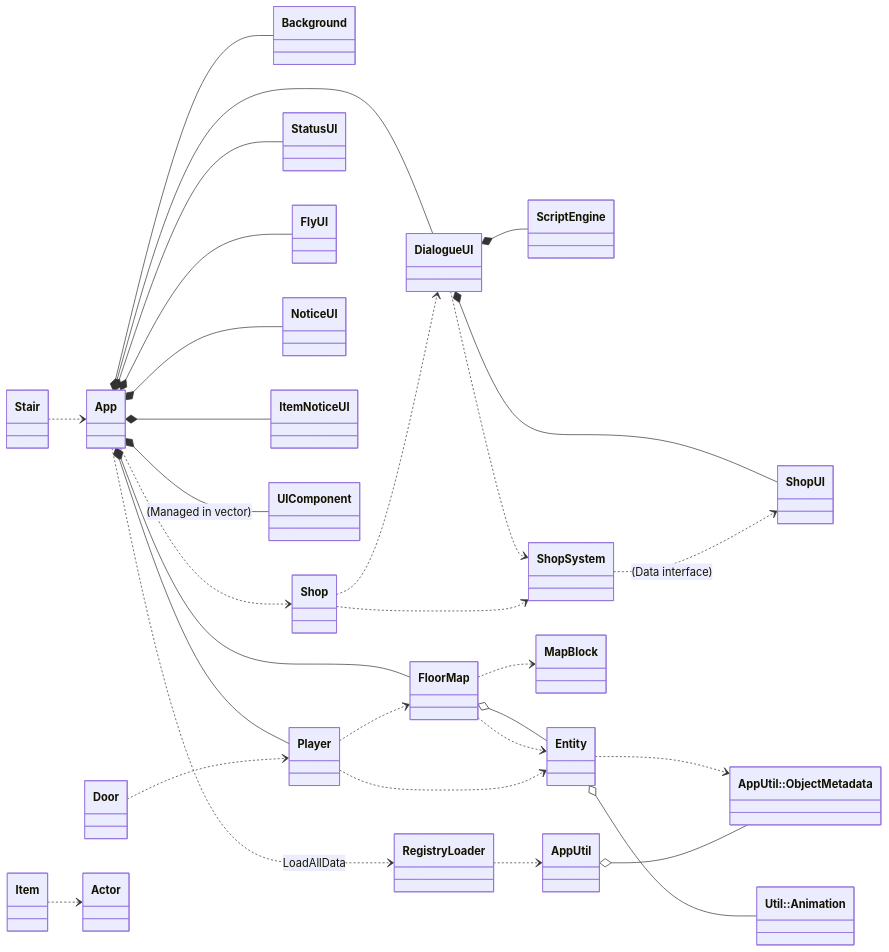
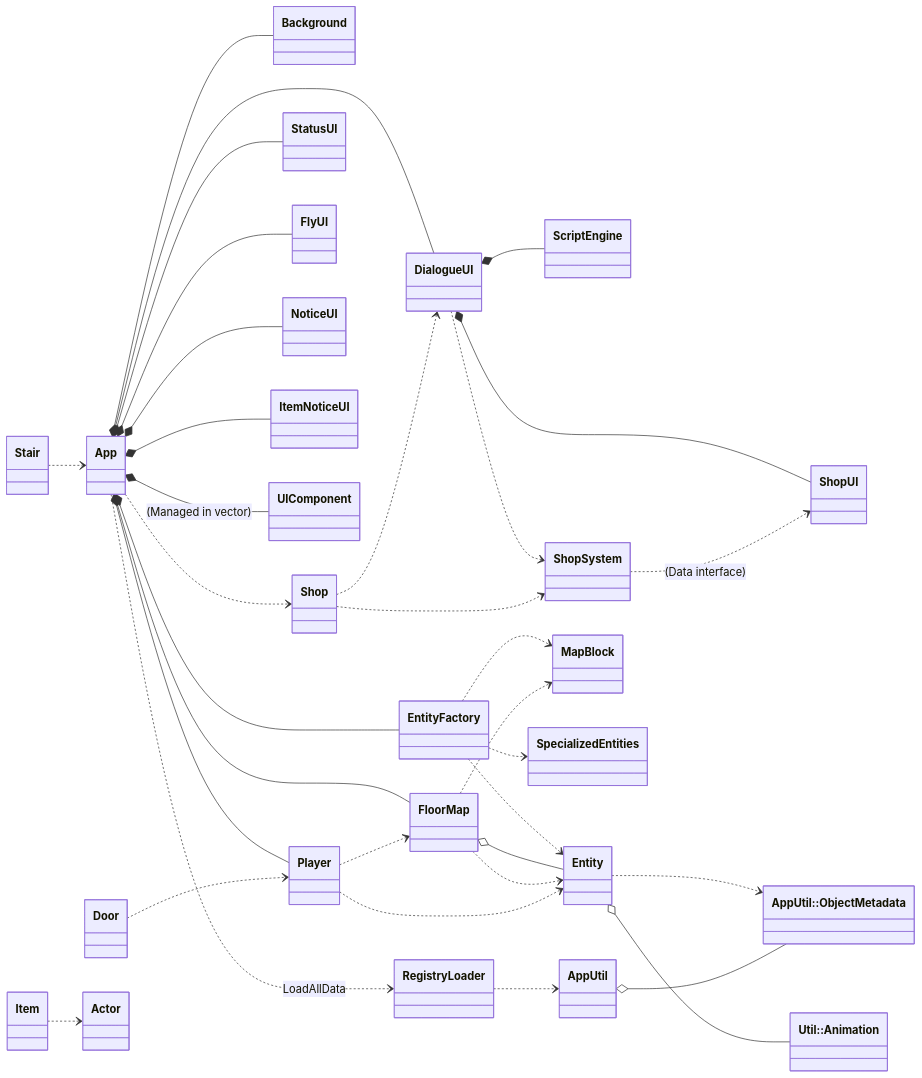
The fourth of 4 diagrams in Constructure.md (XWJWPIY/schoolwork_recreate_magic_tower), drawn with Mermaid before and after one commit. The commit also changed other lines of this file and 5 other files, not shown here.

Commit message:
Refactor: extract EntityFactory from App

````diff
--- a/Constructure.md
+++ b/Constructure.md
@@ -457,40 +467,45 @@
 ```mermaid
 classDiagram
     direction LR
     class Animation["Util::Animation"]
     class ObjectMetadata["AppUtil::ObjectMetadata"]
 
     App ..> RegistryLoader : LoadAllData
     App *-- Background
     App *-- FloorMap
     App *-- Player
     App *-- StatusUI
     App *-- FlyUI
     App *-- NoticeUI
     App *-- ItemNoticeUI
     App *-- DialogueUI
     App *-- UIComponent : (Managed in vector)
+    App *-- EntityFactory
     App ..> Shop
     DialogueUI *-- ScriptEngine
     DialogueUI *-- ShopUI
     DialogueUI ..> ShopSystem
     ShopSystem ..> ShopUI : (Data interface)
     Shop ..> ShopSystem
+
+    EntityFactory ..> Entity
+    EntityFactory ..> MapBlock
+    EntityFactory ..> SpecializedEntities
 
     FloorMap o-- Entity
     FloorMap ..> MapBlock
     FloorMap ..> Entity
 
     Entity o-- Animation
     Entity ..> ObjectMetadata
 
     Player ..> FloorMap
     Player ..> Entity
     Shop ..> DialogueUI
     Door ..> Player
     Item ..> Actor
     Stair ..> App
 
     RegistryLoader ..> AppUtil
     AppUtil o-- ObjectMetadata
 ```
````
